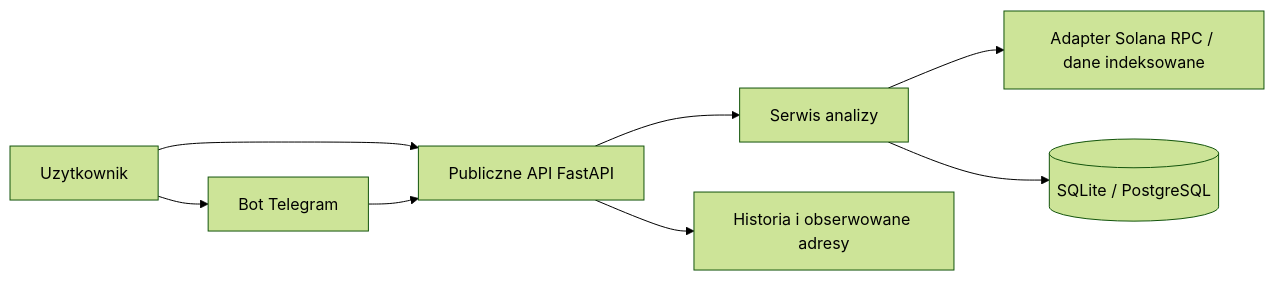
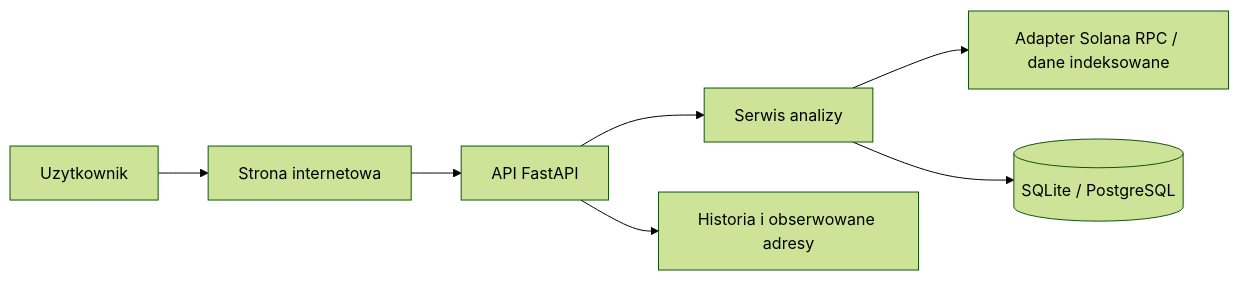
Before and after one commit to Rosolek11/token-ai-tai: the diagram in docs/karta-projektu.md, drawn with Mermaid (forest theme). The commit also changed other lines of this file and 6 other files, not shown here.

Commit message:
docs: replace Telegram bot with web interface

````diff
--- a/docs/karta-projektu.md
+++ b/docs/karta-projektu.md
@@ -75,10 +75,9 @@
 ```mermaid
 flowchart LR
-    U[Uzytkownik] --> T[Bot Telegram]
-    U --> A[Publiczne API FastAPI]
-    T --> A
+    U[Uzytkownik] --> W[Strona internetowa]
+    W --> A[API FastAPI]
     A --> S[Serwis analizy]
     S --> R[Adapter Solana RPC / dane indeksowane]
     S --> D[(SQLite / PostgreSQL)]
     A --> H[Historia i obserwowane adresy]
 ```
````
